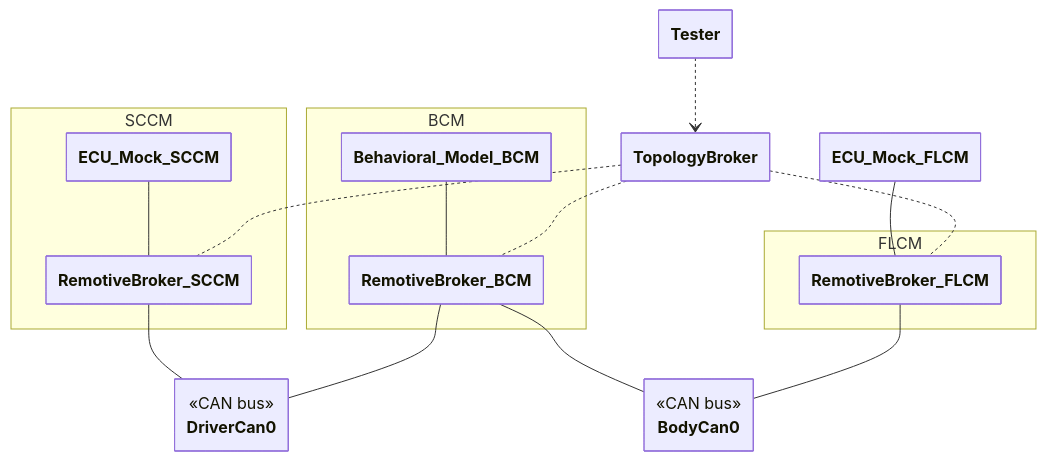
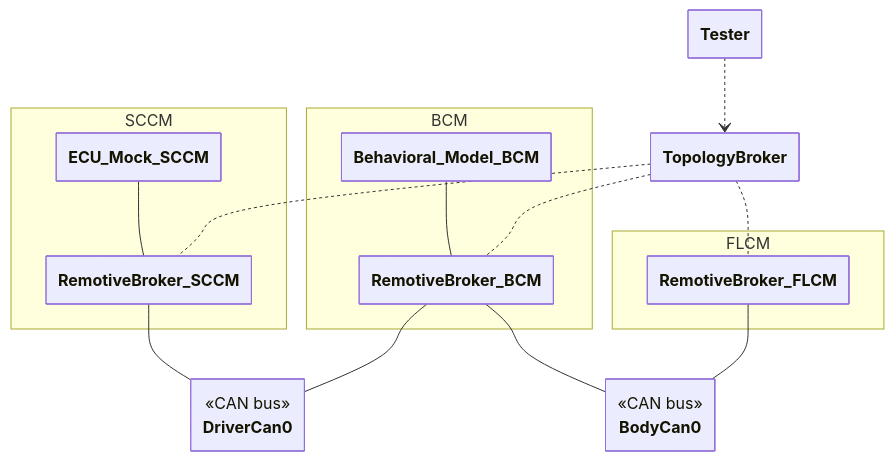
One commit to remotivelabs/remotivelabs-topology-examples changed the third of 3 diagrams in getting_started/README.md. Above: the diagram before and after it, drawn with Mermaid. The commit also changed other lines of this file and 15 other files, not shown here.

````diff
--- a/getting_started/README.md
+++ b/getting_started/README.md
@@ -372,48 +370,47 @@
 ```mermaid
 ---
 config:
   class:
     hideEmptyMembersBox: true
 ---
     classDiagram
 
     namespace SCCM {
         class ECU_Mock_SCCM
         class RemotiveBroker_SCCM
     }
 
     namespace BCM {
         class Behavioral_Model_BCM
         class RemotiveBroker_BCM
     }
 
     class DriverCan0 {
         <<CAN bus>>
     }
 
     namespace FLCM {
         class RemotiveBroker_FLCM
     }
 
     class BodyCan0 {
         <<CAN bus>>
     }
 
     RemotiveBroker_SCCM -- DriverCan0
     RemotiveBroker_BCM -- DriverCan0
     RemotiveBroker_BCM -- BodyCan0
     RemotiveBroker_FLCM -- BodyCan0
 
     ECU_Mock_SCCM -- RemotiveBroker_SCCM
     Behavioral_Model_BCM -- RemotiveBroker_BCM
-    ECU_Mock_FLCM -- RemotiveBroker_FLCM
 
     class TopologyBroker
     class Tester
 
     Tester ..> TopologyBroker
 
     TopologyBroker .. RemotiveBroker_SCCM
     TopologyBroker .. RemotiveBroker_BCM
     TopologyBroker .. RemotiveBroker_FLCM
 ```
````
